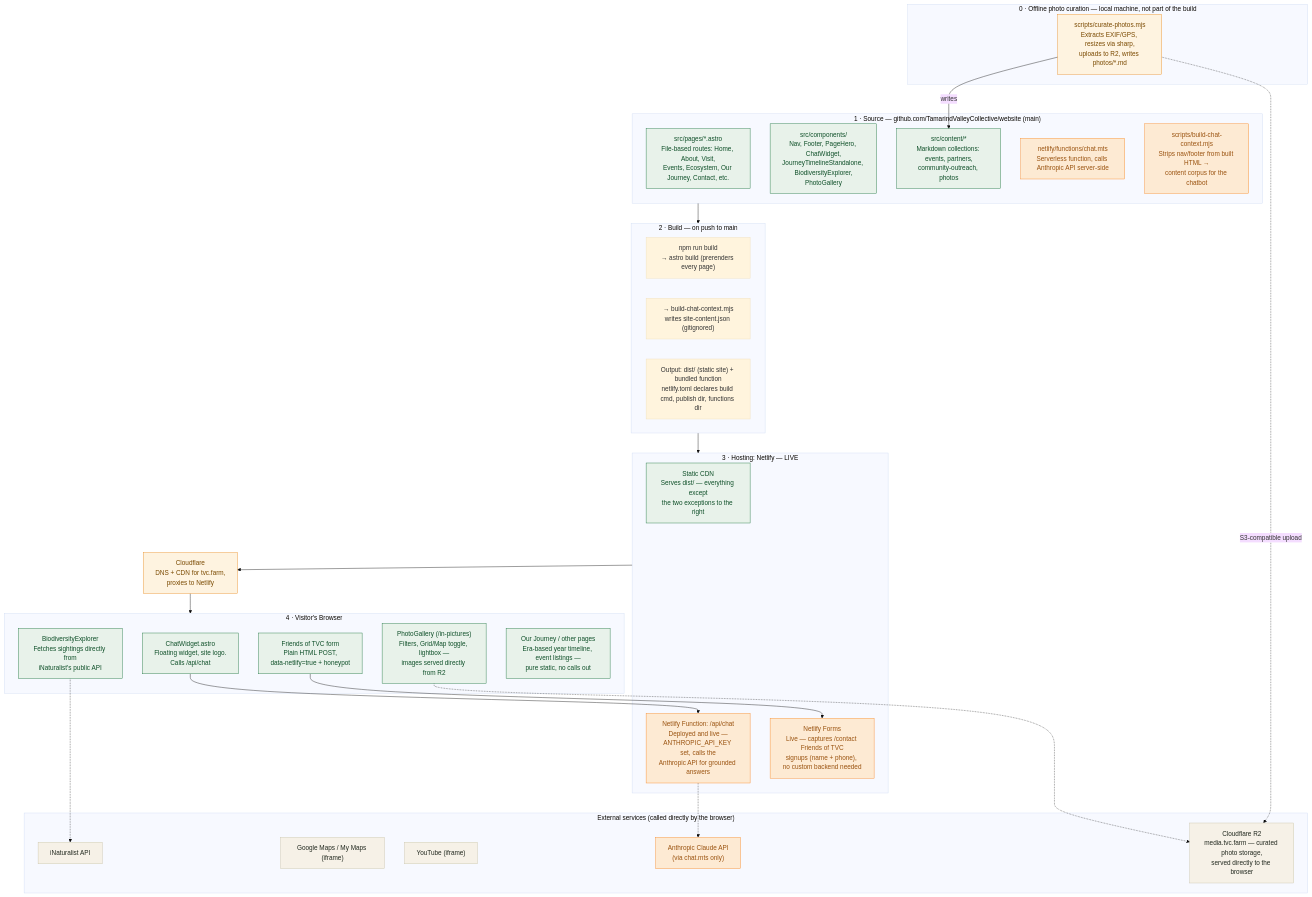
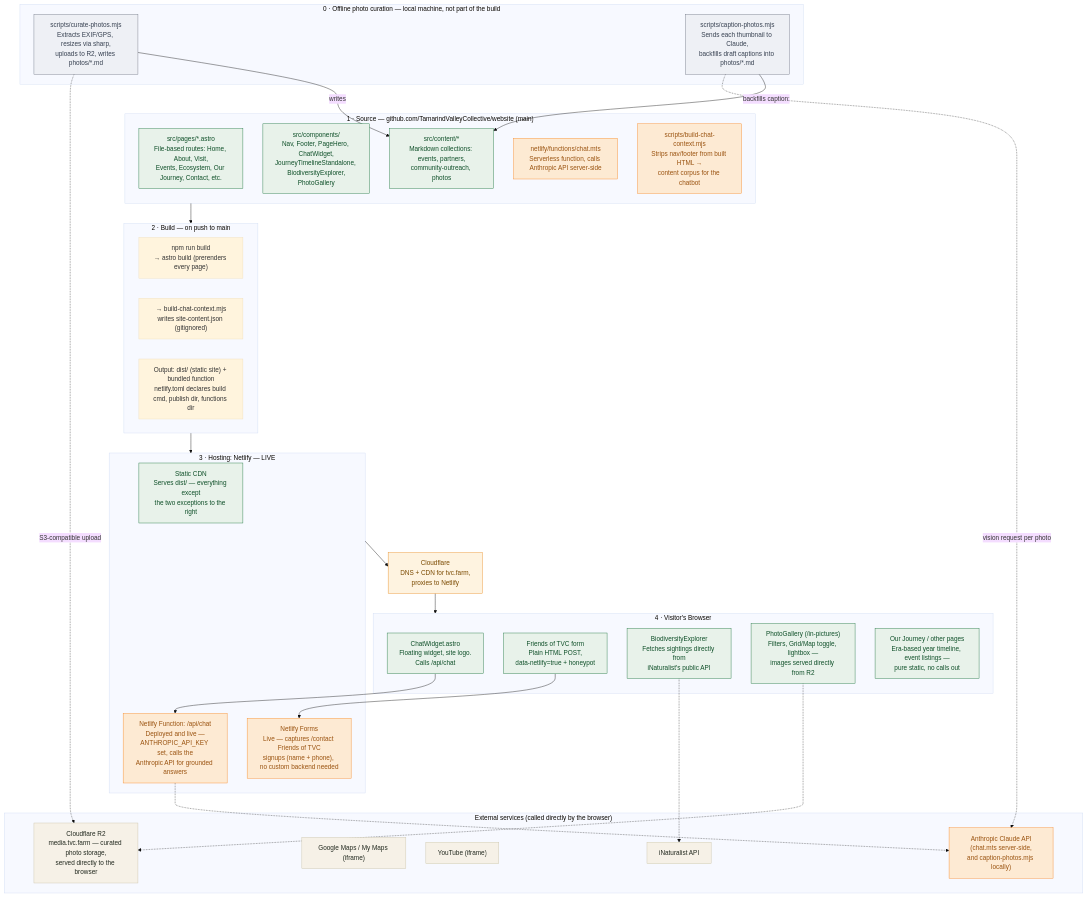
One commit to TamarindValleyCollective/website changed the diagram in ARCHITECTURE.md. Above: the diagram before and after it, drawn with Mermaid (base theme). The commit also changed other lines of this file and 2 other files, not shown here.

First line of the commit message:
Add AI-drafted photo captioning script

````diff
--- a/ARCHITECTURE.md
+++ b/ARCHITECTURE.md
@@ -20,67 +20,71 @@
 ```mermaid
 flowchart TD
     subgraph CURATE["0 · Offline photo curation — local machine, not part of the build"]
         SCRIPT_CURATE["scripts/curate-photos.mjs<br/>Extracts EXIF/GPS, resizes via sharp,<br/>uploads to R2, writes photos/*.md"]
+        SCRIPT_CAPTION["scripts/caption-photos.mjs<br/>Sends each thumbnail to Claude,<br/>backfills draft captions into photos/*.md"]
     end
 
     subgraph SRC["1 · Source — github.com/TamarindValleyCollective/website (main)"]
         PAGES["src/pages/*.astro<br/>File-based routes: Home, About, Visit,<br/>Events, Ecosystem, Our Journey, Contact, etc."]
         COMPONENTS["src/components/<br/>Nav, Footer, PageHero, ChatWidget,<br/>JourneyTimelineStandalone, BiodiversityExplorer,<br/>PhotoGallery"]
         CONTENT["src/content/*<br/>Markdown collections: events, partners,<br/>community-outreach, photos"]
         FUNC_SRC["netlify/functions/chat.mts<br/>Serverless function, calls Anthropic API server-side"]
         SCRIPT_SRC["scripts/build-chat-context.mjs<br/>Strips nav/footer from built HTML →<br/>content corpus for the chatbot"]
     end
 
     subgraph BUILD["2 · Build — on push to main"]
         B1["npm run build<br/>→ astro build (prerenders every page)"]
         B2["→ build-chat-context.mjs<br/>writes site-content.json (gitignored)"]
         B3["Output: dist/ (static site) + bundled function<br/>netlify.toml declares build cmd, publish dir, functions dir"]
     end
 
     subgraph HOST["3 · Hosting: Netlify — LIVE"]
         CDN["Static CDN<br/>Serves dist/ — everything except<br/>the two exceptions to the right"]
         APIFN["Netlify Function: /api/chat<br/>Deployed and live —<br/>ANTHROPIC_API_KEY set, calls the<br/>Anthropic API for grounded answers"]
         FORMS["Netlify Forms<br/>Live — captures /contact Friends of TVC<br/>signups (name + phone), no custom backend needed"]
     end
 
     CF["Cloudflare<br/>DNS + CDN for tvc.farm,<br/>proxies to Netlify"]
 
     subgraph BROWSER["4 · Visitor's Browser"]
         CHATW["ChatWidget.astro<br/>Floating widget, site logo.<br/>Calls /api/chat"]
         NEWS["Friends of TVC form<br/>Plain HTML POST,<br/>data-netlify=true + honeypot"]
         BIODIV["BiodiversityExplorer<br/>Fetches sightings directly from<br/>iNaturalist's public API"]
         PHOTOS["PhotoGallery (/in-pictures)<br/>Filters, Grid/Map toggle, lightbox —<br/>images served directly from R2"]
         TIMELINE["Our Journey / other pages<br/>Era-based year timeline, event listings —<br/>pure static, no calls out"]
     end
 
     subgraph EXTERNAL["External services (called directly by the browser)"]
         INAT["iNaturalist API"]
         GMAPS["Google Maps / My Maps (iframe)"]
         YT["YouTube (iframe)"]
-        ANTHROPIC["Anthropic Claude API<br/>(via chat.mts only)"]
+        ANTHROPIC["Anthropic Claude API<br/>(chat.mts server-side,<br/>and caption-photos.mjs locally)"]
         R2["Cloudflare R2<br/>media.tvc.farm — curated photo storage,<br/>served directly to the browser"]
     end
 
     SRC --> BUILD
     BUILD --> HOST
     HOST --> CF
     CF --> BROWSER
     BIODIV -.-> INAT
     APIFN -.-> ANTHROPIC
     PHOTOS -.-> R2
     SCRIPT_CURATE -.->|"S3-compatible upload"| R2
     SCRIPT_CURATE -->|"writes"| CONTENT
+    SCRIPT_CAPTION -.->|"vision request per photo"| ANTHROPIC
+    SCRIPT_CAPTION -->|"backfills caption:"| CONTENT
     CHATW --> APIFN
     NEWS --> FORMS
 
     classDef staticStyle fill:#e8f2ea,stroke:#17723b,color:#0f5029
     classDef netlifyStyle fill:#fdead3,stroke:#f78520,color:#9a5310
     classDef externalStyle fill:#f6f1e7,stroke:#c9c2a8,color:#22291f
     classDef cfStyle fill:#fef3e0,stroke:#e8891c,color:#7a4a00
+    classDef localStyle fill:#eef0f5,stroke:#6b7280,color:#374151
 
     class PAGES,COMPONENTS,CONTENT,CHATW,NEWS,BIODIV,PHOTOS,TIMELINE,CDN staticStyle
     class FUNC_SRC,SCRIPT_SRC,APIFN,FORMS,ANTHROPIC netlifyStyle
     class INAT,GMAPS,YT,R2 externalStyle
     class CF cfStyle
-    class SCRIPT_CURATE cfStyle
+    class SCRIPT_CURATE,SCRIPT_CAPTION localStyle
 ```
````
